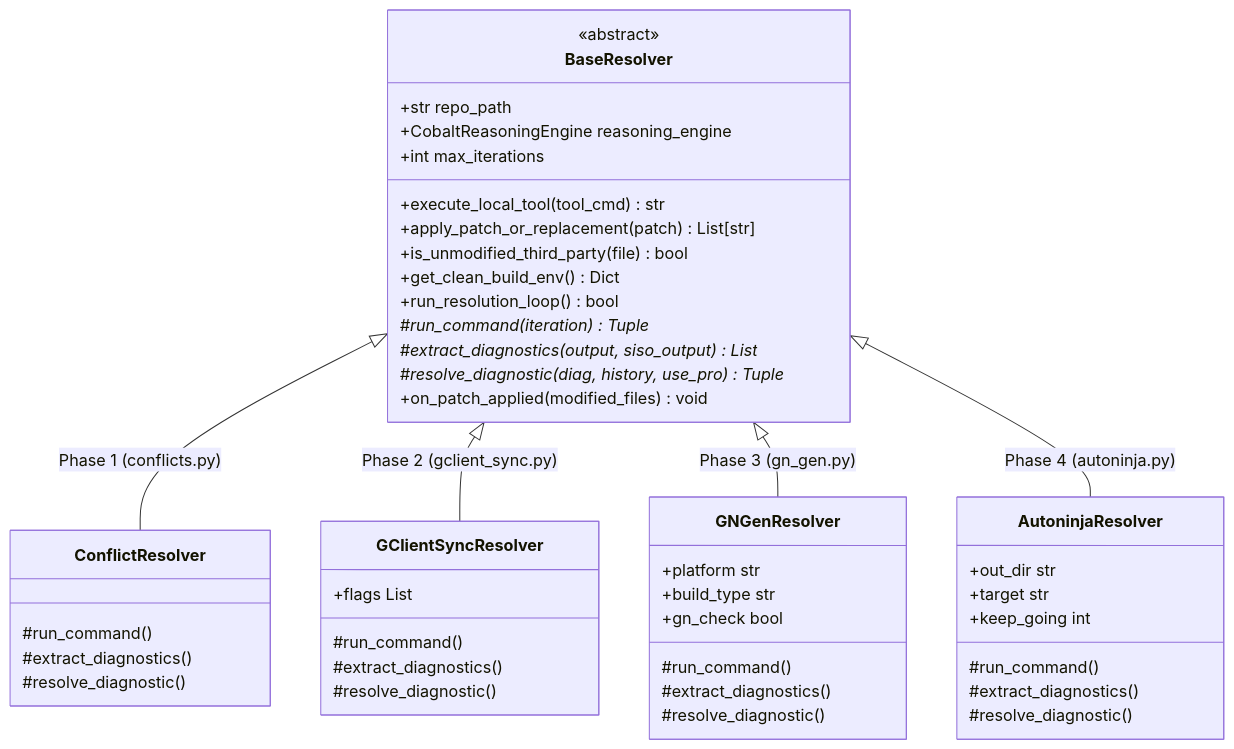
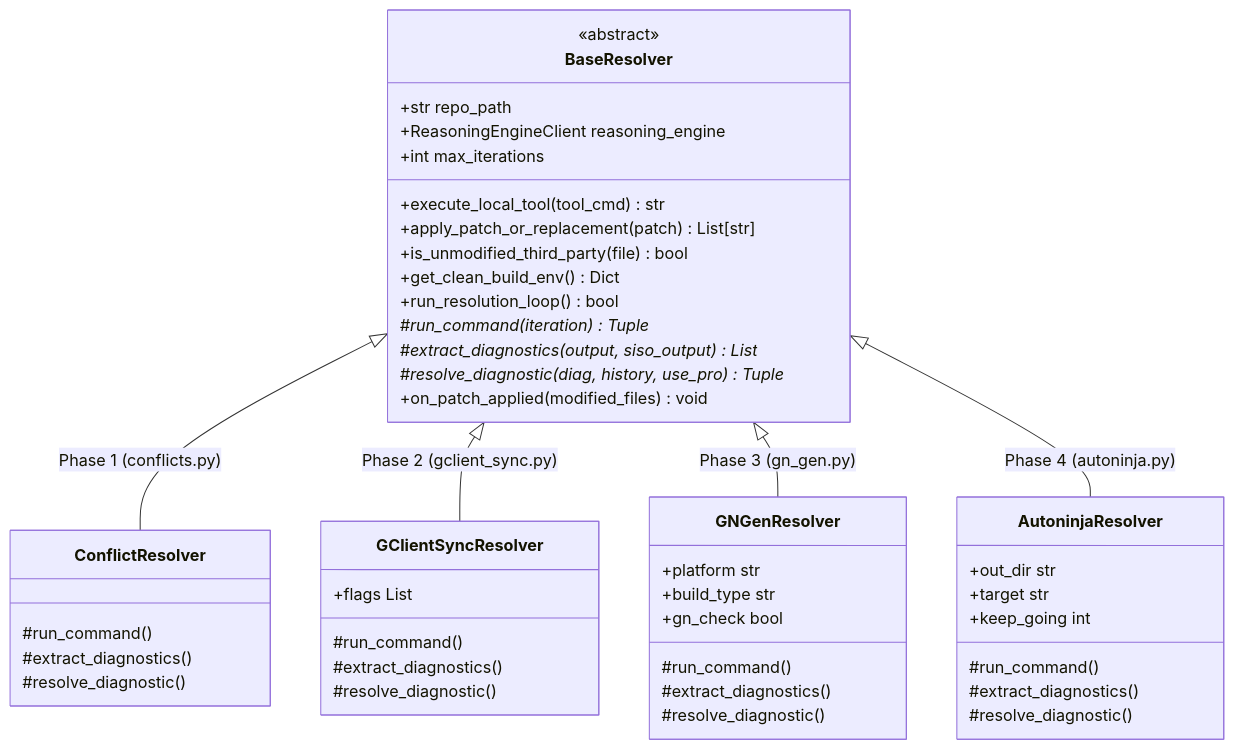
One commit to youtube/cobalt changed the diagram in .github/rebase/README.md. Above: the diagram before and after it, drawn with Mermaid. The commit also changed other lines of this file and 9 other files, not shown here.

Commit message:
refactor reasoning engine and local client

````diff
--- a/.github/rebase/README.md
+++ b/.github/rebase/README.md
@@ -147,51 +155,51 @@
 ```mermaid
 classDiagram
     class BaseResolver {
         <<abstract>>
         +str repo_path
-        +CobaltReasoningEngine reasoning_engine
+        +ReasoningEngineClient reasoning_engine
         +int max_iterations
         +execute_local_tool(tool_cmd) str
         +apply_patch_or_replacement(patch) List[str]
         +is_unmodified_third_party(file) bool
         +get_clean_build_env() Dict
         +run_resolution_loop() bool
         #run_command(iteration)* Tuple
         #extract_diagnostics(output, siso_output)* List
         #resolve_diagnostic(diag, history, use_pro)* Tuple
         +on_patch_applied(modified_files) void
     }
 
     class ConflictResolver {
         #run_command()
         #extract_diagnostics()
         #resolve_diagnostic()
     }
     class GClientSyncResolver {
         +flags List
         #run_command()
         #extract_diagnostics()
         #resolve_diagnostic()
     }
     class GNGenResolver {
         +platform str
         +build_type str
         +gn_check bool
         #run_command()
         #extract_diagnostics()
         #resolve_diagnostic()
     }
     class AutoninjaResolver {
         +out_dir str
         +target str
         +keep_going int
         #run_command()
         #extract_diagnostics()
         #resolve_diagnostic()
     }
 
     BaseResolver <|-- ConflictResolver : Phase 1 (conflicts.py)
     BaseResolver <|-- GClientSyncResolver : Phase 2 (gclient_sync.py)
     BaseResolver <|-- GNGenResolver : Phase 3 (gn_gen.py)
     BaseResolver <|-- AutoninjaResolver : Phase 4 (autoninja.py)
 ```
````
